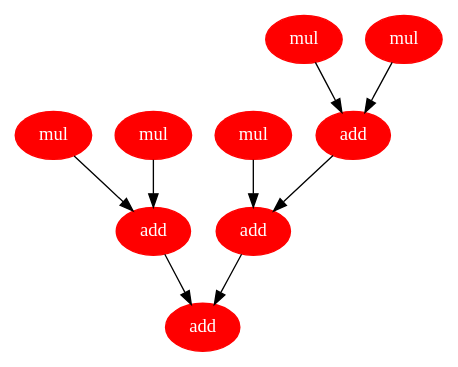
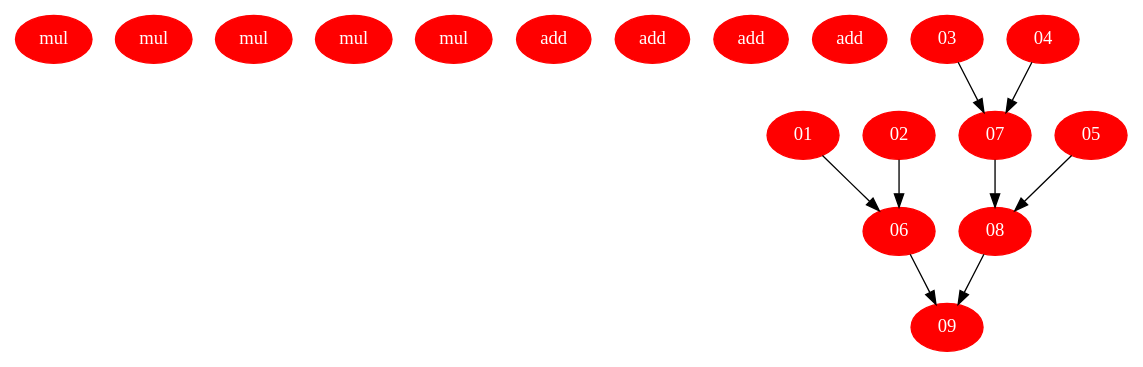
One commit to zephyr2k/project_nitd_clock changed the diagram in benchmark/iir2.dot. Above: the diagram before and after it, drawn with Graphviz. The commit also changed 4 other files, not shown here.

```diff
--- a/benchmark/iir2.dot
+++ b/benchmark/iir2.dot
@@ -1,21 +1,20 @@
 digraph iir {
     node [fontcolor=white,style=filled,color="160,60,176"];
     1 [label = mul];
     2 [label = mul];
     3 [label = mul];
     4 [label = mul];
     5 [label = mul];
     6 [label = add];
     7 [label = add];
     8 [label = add];
     9 [label = add];
-    1 ->  6 [name=16];
-    2 ->  6 [name=14];
-    3 ->  7 [name=20];
-    4 ->  7 [name=24];
-    7 ->  8 [name=19];
-    8 ->  9 [name=25];
-    5 ->  8 [name=17];
-    6 ->  9 [name=22];
-  
+    01 ->  06 [name=16];
+    02 ->  06 [name=14];
+    03 ->  07 [name=20];
+    04 ->  07 [name=24];
+    07 ->  08 [name=19];
+    08 ->  09 [name=25];
+    05 ->  08 [name=17];
+    06 ->  09 [name=22];
 }
```
